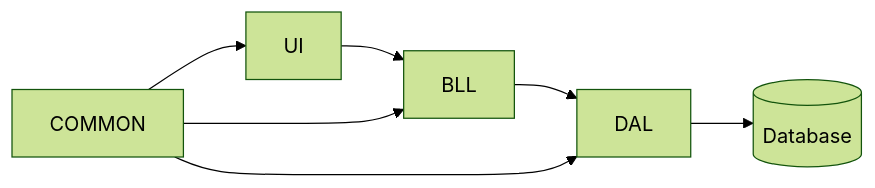
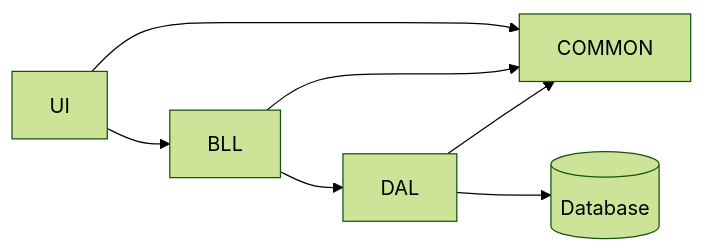
The diagram in README.md (nedovolnyy/TicketManagement), drawn with Mermaid (forest theme) before and after one commit.

````diff
--- a/README.md
+++ b/README.md
@@ -13,9 +13,9 @@
 ```mermaid
 flowchart LR;
     UI-->BLL;
     BLL-->DAL;
-    COMMON-->UI;
-    COMMON-->BLL;
-    COMMON-->DAL;
+    UI-->COMMON;
+    BLL-->COMMON;
+    DAL-->COMMON;
     DAL-->id1[(Database)]
 ```
````
